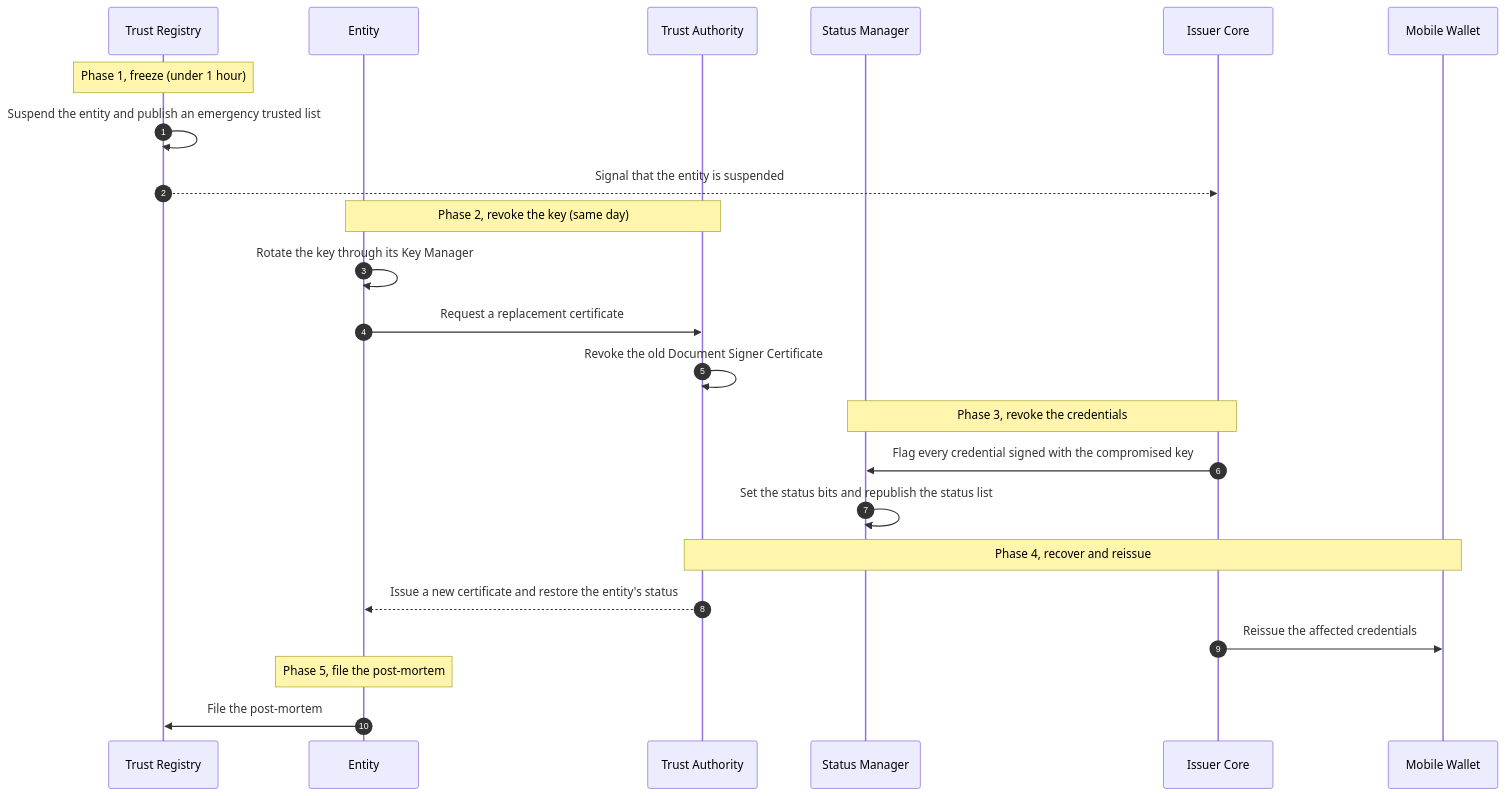
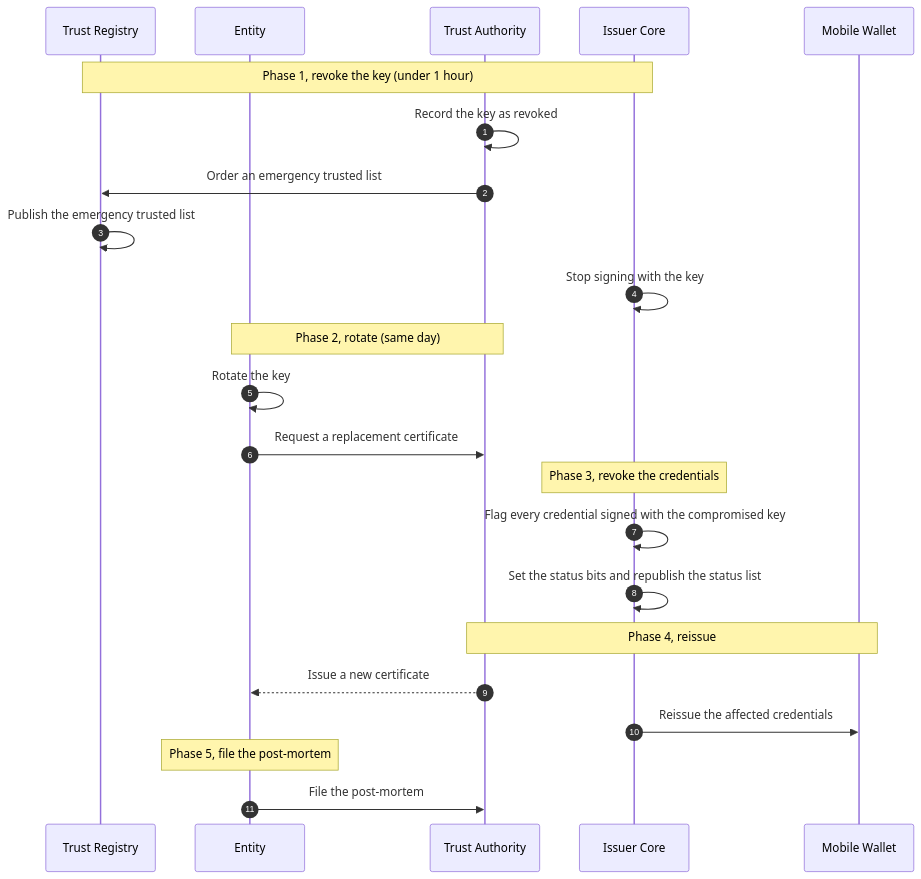
Before and after one commit to id-verifiable-credential-dev/id-doc-idctf: the fifth of 14 diagrams in docs/architecture-framework/high-level-architecture/flows-per-use-case.md, drawn with Mermaid. The commit also changed other lines of this file and 87 other files, not shown here.

````diff
--- a/docs/architecture-framework/high-level-architecture/flows-per-use-case.md
+++ b/docs/architecture-framework/high-level-architecture/flows-per-use-case.md
@@ -255,25 +301,25 @@
 ```mermaid
 sequenceDiagram
     autonumber
     participant TR as Trust Registry
     participant Ent as Entity
     participant TA as Trust Authority
-    participant SM as Status Manager
     participant IC as Issuer Core
     participant MW as Mobile Wallet
-    Note over TR: Phase 1, freeze (under 1 hour)
-    TR->>TR: Suspend the entity and publish an emergency trusted list
-    TR-->>IC: Signal that the entity is suspended
-    Note over Ent,TA: Phase 2, revoke the key (same day)
-    Ent->>Ent: Rotate the key through its Key Manager
+    Note over TR,IC: Phase 1, revoke the key (under 1 hour)
+    TA->>TA: Record the key as revoked
+    TA->>TR: Order an emergency trusted list
+    TR->>TR: Publish the emergency trusted list
+    IC->>IC: Stop signing with the key
+    Note over Ent,TA: Phase 2, rotate (same day)
+    Ent->>Ent: Rotate the key
     Ent->>TA: Request a replacement certificate
-    TA->>TA: Revoke the old Document Signer Certificate
-    Note over IC,SM: Phase 3, revoke the credentials
-    IC->>SM: Flag every credential signed with the compromised key
-    SM->>SM: Set the status bits and republish the status list
-    Note over TA,MW: Phase 4, recover and reissue
-    TA-->>Ent: Issue a new certificate and restore the entity's status
+    Note over IC: Phase 3, revoke the credentials
+    IC->>IC: Flag every credential signed with the compromised key
+    IC->>IC: Set the status bits and republish the status list
+    Note over TA,MW: Phase 4, reissue
+    TA-->>Ent: Issue a new certificate
     IC->>MW: Reissue the affected credentials
     Note over Ent: Phase 5, file the post-mortem
-    Ent->>TR: File the post-mortem
+    Ent->>TA: File the post-mortem
 ```
````
